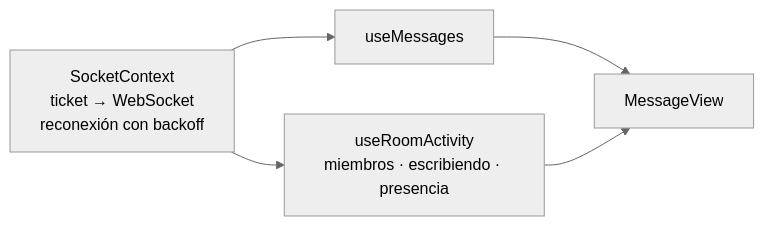
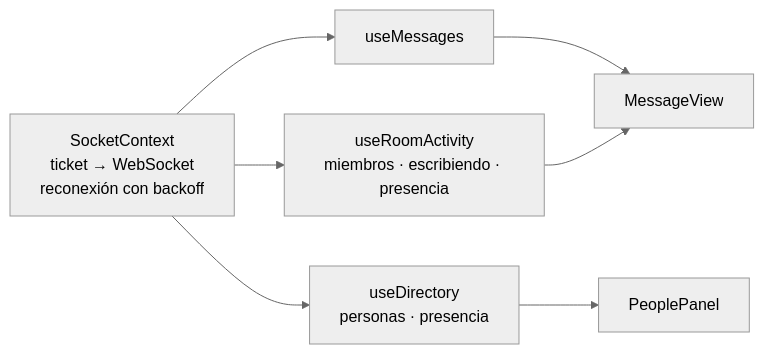
The second of 3 diagrams in docs/es/frontend.md (TonyGLL/webchat), drawn with Mermaid (neutral theme) before and after one commit. The commit also changed other lines of this file and 13 other files, not shown here.

Commit message:
Update documentation for people directory, invitations, reactions and roadmap

````diff
--- a/docs/es/frontend.md
+++ b/docs/es/frontend.md
@@ -41,7 +41,9 @@
 ```mermaid
 flowchart LR
     SC[SocketContext<br/>ticket → WebSocket<br/>reconexión con backoff] --> UM[useMessages]
     SC --> UA[useRoomActivity<br/>miembros · escribiendo · presencia]
     UM --> MV[MessageView]
     UA --> MV
+    SC --> UD[useDirectory<br/>personas · presencia]
+    UD --> PP[PeoplePanel]
 ```
````
